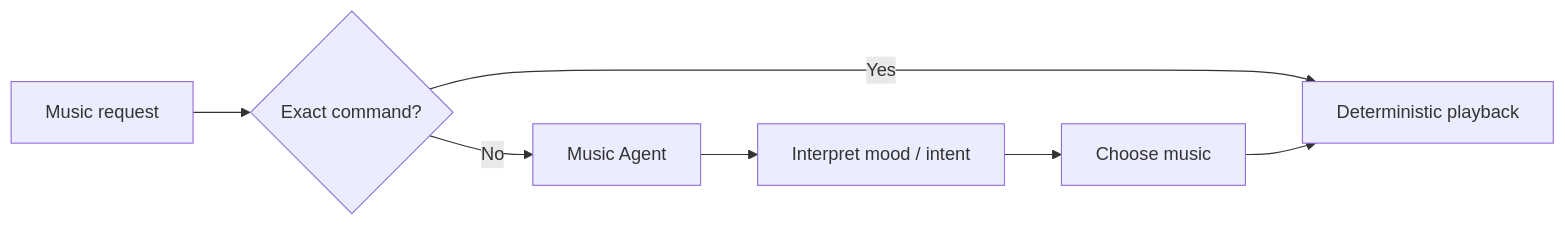
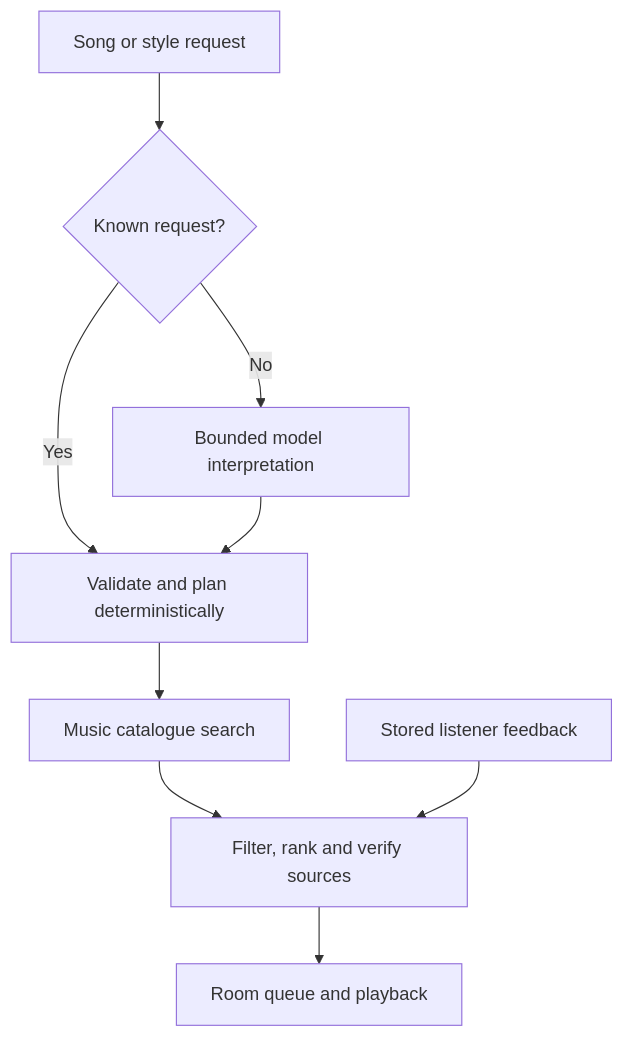
The fourth of 6 diagrams in WORKFLOWS.md (p0ki/personal-ai-infrastructure), drawn with Mermaid before and after one commit. The commit also changed other lines of this file and 1 other file, not shown here.

First line of the commit message:
docs: describe general music control and discovery workflows

````diff
--- a/WORKFLOWS.md
+++ b/WORKFLOWS.md
@@ -131,9 +133,11 @@
 ```mermaid
-flowchart LR
-    Q[Music request] --> C{Exact command?}
-    C -->|Yes| D[Deterministic playback]
-    C -->|No| M[Music Agent]
-    M --> S[Interpret mood / intent]
-    S --> P[Choose music]
-    P --> D
+flowchart TD
+    Q[Song or style request] --> C{Known request?}
+    C -->|Yes| D[Validate and plan deterministically]
+    C -->|No| M[Bounded model interpretation]
+    M --> D
+    D --> S[Music catalogue search]
+    S --> E[Filter, rank and verify sources]
+    E --> P[Room queue and playback]
+    F[Stored listener feedback] --> E
 ```
````
